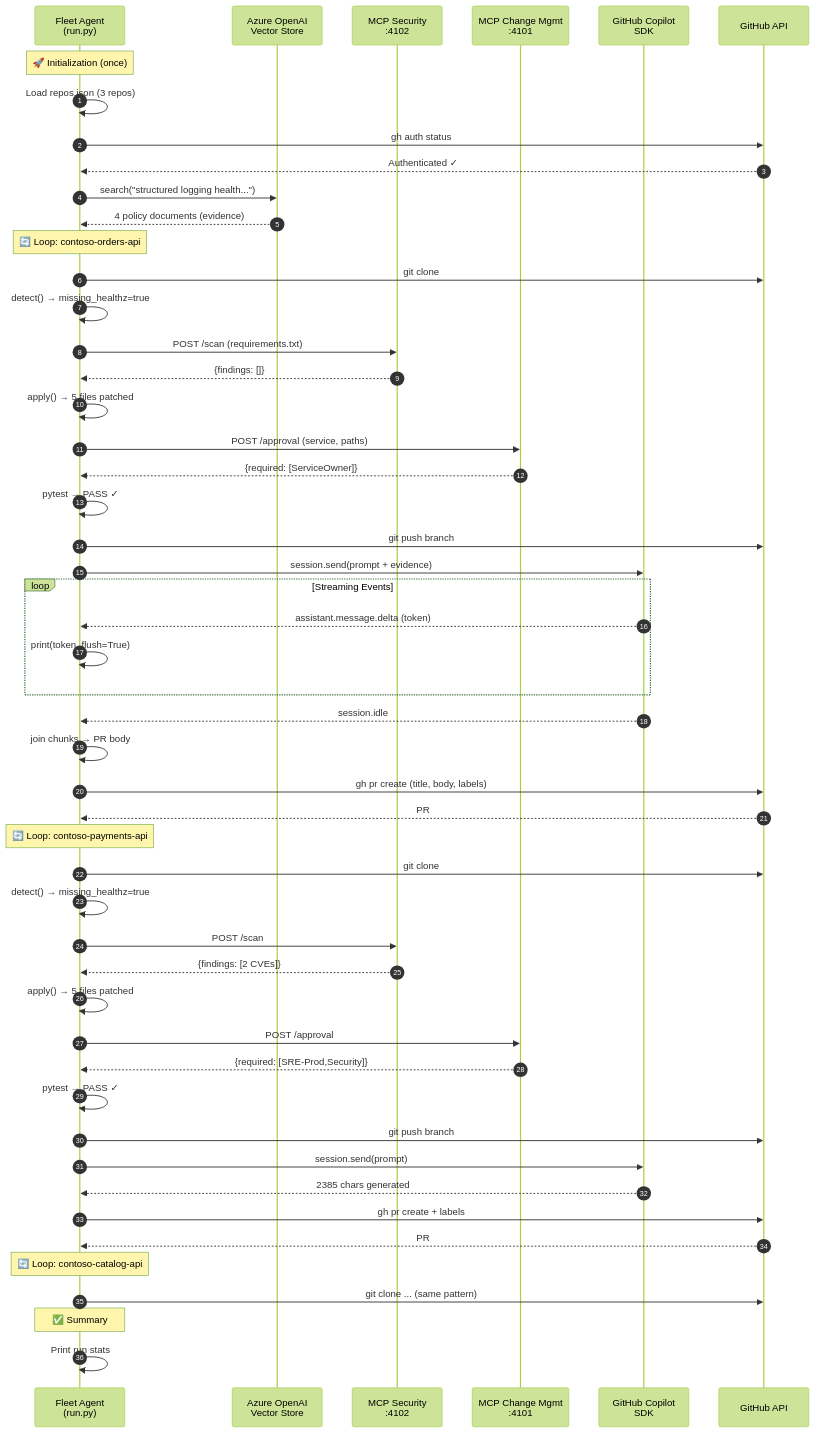
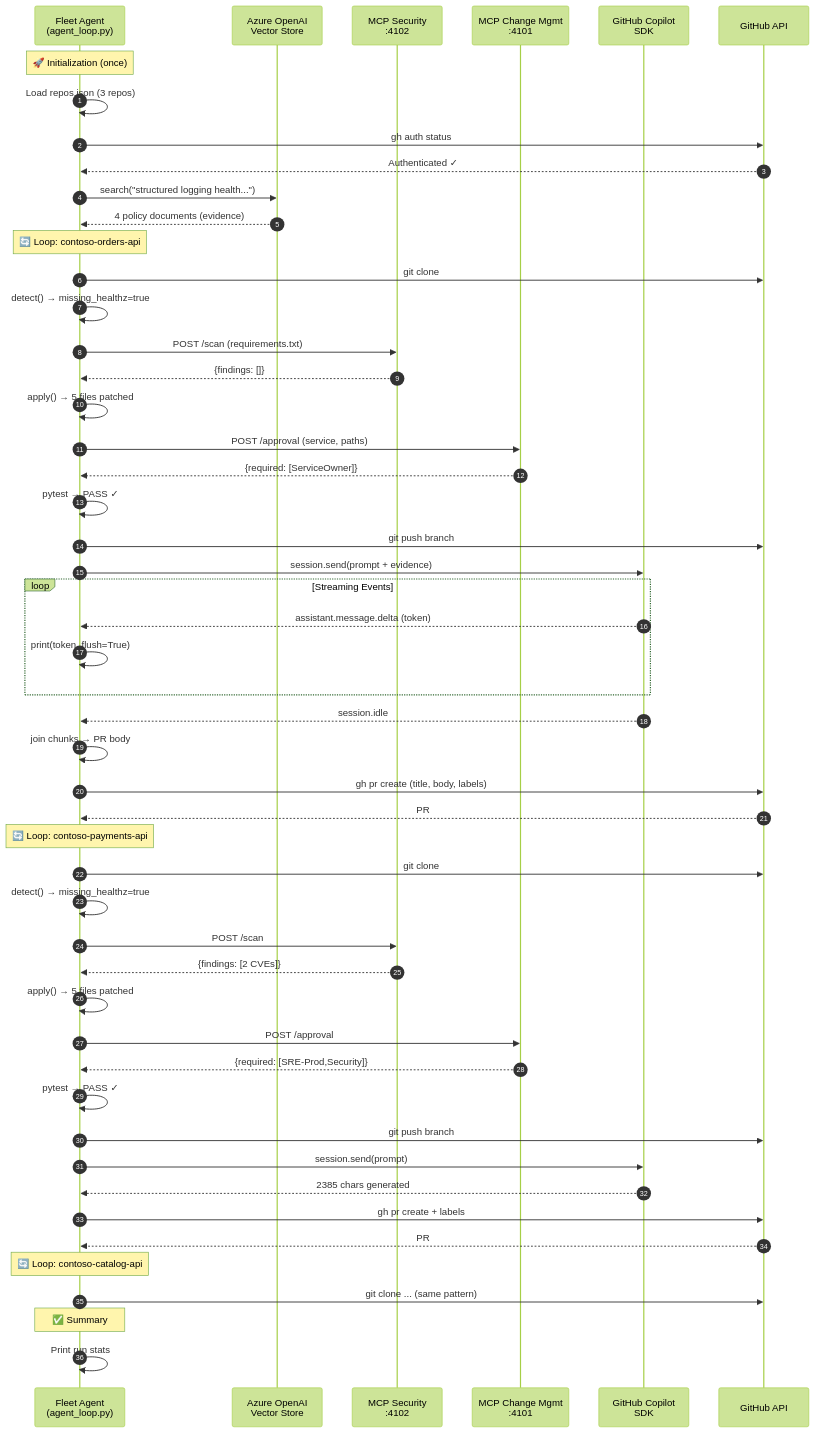
Before and after one commit to MSFT-Innovation-Hub-India/GHCP-CLI-SDK-PR-AUTOMATION: the fourth of 4 diagrams in docs/ARCHITECTURE_FLOW.md, drawn with Mermaid (forest theme). The commit also changed other lines of this file and 4 other files, not shown here.

First line of the commit message:
Update documentation to reflect agentic architecture

````diff
--- a/docs/ARCHITECTURE_FLOW.md
+++ b/docs/ARCHITECTURE_FLOW.md
@@ -372,61 +370,61 @@
 ```mermaid
 sequenceDiagram
     autonumber
-    participant Agent as Fleet Agent<br/>(run.py)
+    participant Agent as Fleet Agent<br/>(agent_loop.py)
     participant RAG as Azure OpenAI<br/>Vector Store
     participant MCP_Sec as MCP Security<br/>:4102
     participant MCP_CM as MCP Change Mgmt<br/>:4101
     participant Copilot as GitHub Copilot<br/>SDK
     participant GH as GitHub API
 
     Note over Agent: 🚀 Initialization (once)
     Agent->>Agent: Load repos.json (3 repos)
     Agent->>GH: gh auth status
     GH-->>Agent: Authenticated ✓
     
     Agent->>RAG: search("structured logging health...")
     RAG-->>Agent: 4 policy documents (evidence)
     
     Note over Agent: 🔄 Loop: contoso-orders-api
     Agent->>GH: git clone
     Agent->>Agent: detect() → missing_healthz=true
     Agent->>MCP_Sec: POST /scan (requirements.txt)
     MCP_Sec-->>Agent: {findings: []}
     Agent->>Agent: apply() → 5 files patched
     Agent->>MCP_CM: POST /approval (service, paths)
     MCP_CM-->>Agent: {required: [ServiceOwner]}
     Agent->>Agent: pytest → PASS ✓
     Agent->>GH: git push branch
     
     Agent->>Copilot: session.send(prompt + evidence)
     loop Streaming Events
         Copilot-->>Agent: assistant.message.delta (token)
         Agent->>Agent: print(token, flush=True)
     end
     Copilot-->>Agent: session.idle
     Agent->>Agent: join chunks → PR body
     
     Agent->>GH: gh pr create (title, body, labels)
     GH-->>Agent: PR #9 created ✓
     
     Note over Agent: 🔄 Loop: contoso-payments-api
     Agent->>GH: git clone
     Agent->>Agent: detect() → missing_healthz=true
     Agent->>MCP_Sec: POST /scan
     MCP_Sec-->>Agent: {findings: [2 CVEs]}
     Agent->>Agent: apply() → 5 files patched
     Agent->>MCP_CM: POST /approval
     MCP_CM-->>Agent: {required: [SRE-Prod,Security]}
     Agent->>Agent: pytest → PASS ✓
     Agent->>GH: git push branch
     Agent->>Copilot: session.send(prompt)
     Copilot-->>Agent: 2385 chars generated
     Agent->>GH: gh pr create + labels
     GH-->>Agent: PR #8 created ✓
     
     Note over Agent: 🔄 Loop: contoso-catalog-api
     Agent->>GH: git clone ... (same pattern)
     
     Note over Agent: ✅ Summary
     Agent->>Agent: Print run stats
 ```
````
